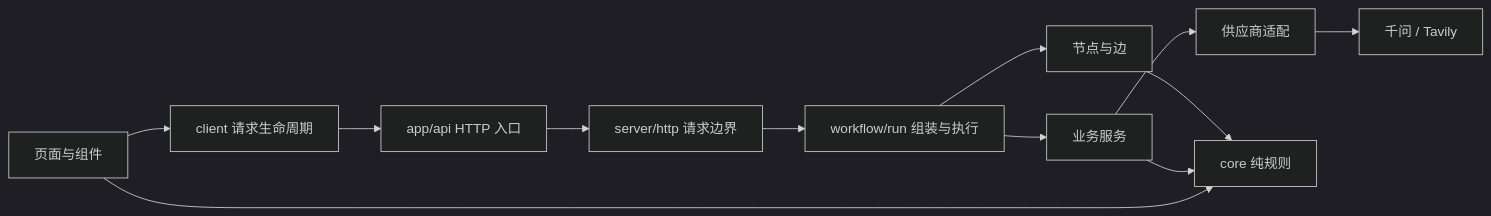
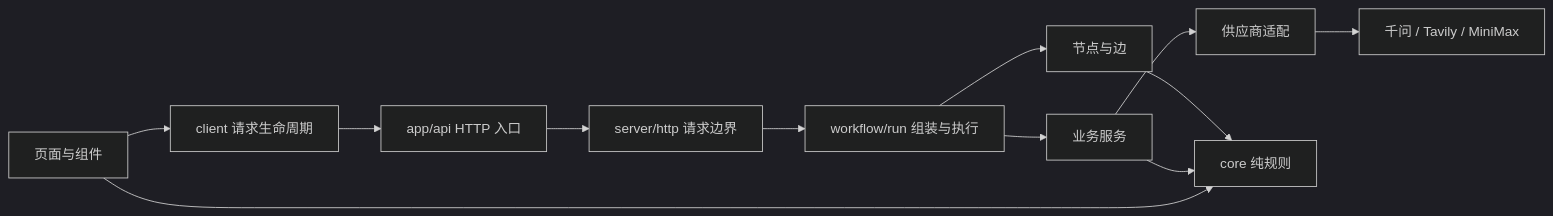
One commit to plustiti2022-cell/insight-to-post changed the first of 2 diagrams in docs/architecture.md. Above: the diagram before and after it, drawn with Mermaid (dark theme). The commit also changed other lines of this file and 24 other files, not shown here.

Commit message:
feat: generate one MiniMax illustration for social copy

````diff
--- a/docs/architecture.md
+++ b/docs/architecture.md
@@ -37,14 +37,14 @@
 ```mermaid
 flowchart LR
   UI[页面与组件] --> Client[client 请求生命周期]
   Client --> API[app/api HTTP 入口]
   API --> HTTP[server/http 请求边界]
   HTTP --> Run[workflow/run 组装与执行]
   Run --> Flow[节点与边]
   Run --> Services[业务服务]
   Services --> Providers[供应商适配]
-  Providers --> External[千问 / Tavily]
+  Providers --> External[千问 / Tavily / MiniMax]
   Flow --> Core[core 纯规则]
   Services --> Core
   UI --> Core
 ```
````
